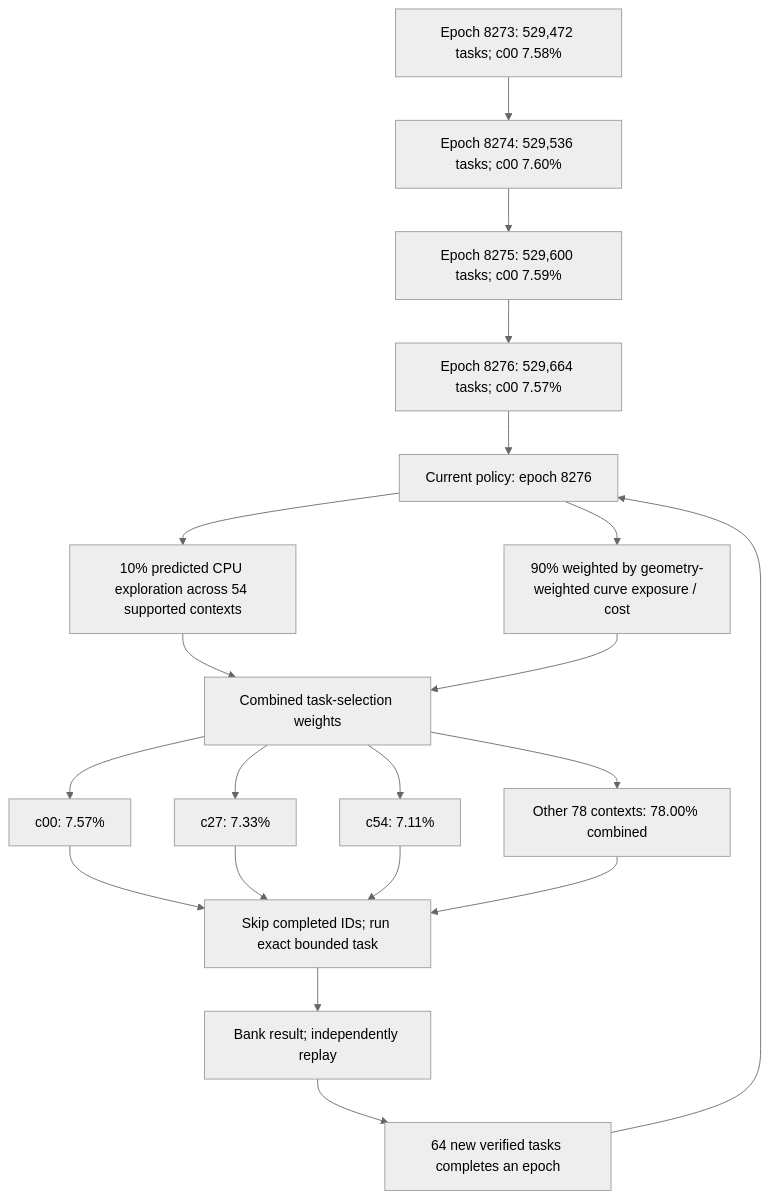
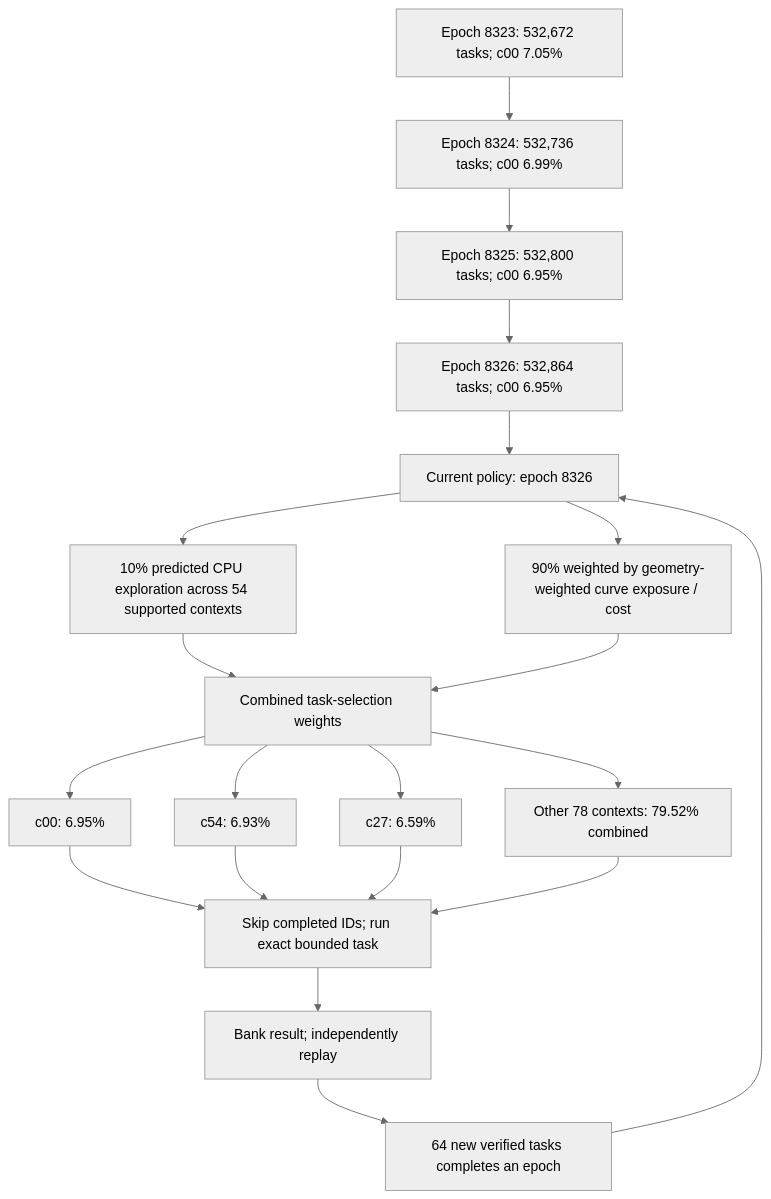
The first of 4 diagrams in README.md (Kuberwastaken/math-gambling), drawn with Mermaid (neutral theme) before and after one commit. The commit also changed other lines of this file and 6941 other files, not shown here.

````diff
--- a/README.md
+++ b/README.md
@@ -60,27 +60,27 @@
 ```mermaid
 flowchart TD
-    H0["Epoch 8273: 529,472 tasks; c00 7.58%"]
-    H1["Epoch 8274: 529,536 tasks; c00 7.60%"]
+    H0["Epoch 8323: 532,672 tasks; c00 7.05%"]
+    H1["Epoch 8324: 532,736 tasks; c00 6.99%"]
     H0 --> H1
-    H2["Epoch 8275: 529,600 tasks; c00 7.59%"]
+    H2["Epoch 8325: 532,800 tasks; c00 6.95%"]
     H1 --> H2
-    H3["Epoch 8276: 529,664 tasks; c00 7.57%"]
+    H3["Epoch 8326: 532,864 tasks; c00 6.95%"]
     H2 --> H3
-    Policy["Current policy: epoch 8276"]
+    Policy["Current policy: epoch 8326"]
     H3 --> Policy
     Policy --> Explore["10% predicted CPU exploration across 54 supported contexts"]
     Policy --> Cost["90% weighted by geometry-weighted curve exposure / cost"]
     Explore --> Mix["Combined task-selection weights"]
     Cost --> Mix
-    Mix --> C0["c00: 7.57%"]
-    Mix --> C1["c27: 7.33%"]
-    Mix --> C2["c54: 7.11%"]
-    Mix --> Rest["Other 78 contexts: 78.00% combined"]
+    Mix --> C0["c00: 6.95%"]
+    Mix --> C1["c54: 6.93%"]
+    Mix --> C2["c27: 6.59%"]
+    Mix --> Rest["Other 78 contexts: 79.52% combined"]
     C0 --> Check["Skip completed IDs; run exact bounded task"]
     C1 --> Check
     C2 --> Check
     Rest --> Check
     Check --> Replay["Bank result; independently replay"]
     Replay --> Gate["64 new verified tasks completes an epoch"]
     Gate --> Policy
 ```
````
